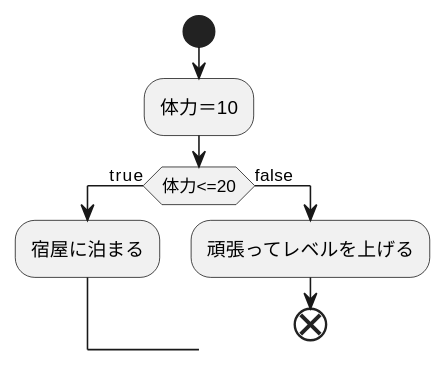
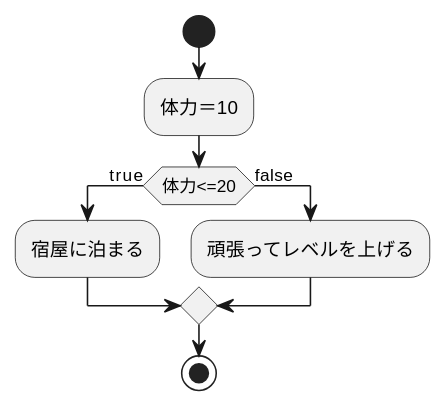
Before and after one commit to Aso2001374/2021sys-design: the diagram in 0420kadai1.md, drawn with PlantUML.

````diff
--- a/0420kadai1.md
+++ b/0420kadai1.md
@@ -1,12 +1,12 @@
 ```uml
 @startuml
 start
 :体力＝10;
 if(体力<=20)then(true)
       :宿屋に泊まる;
 else(false)
       :頑張ってレベルを上げる;
-
-end
+endif
+stop
 @enduml
 ```
````
